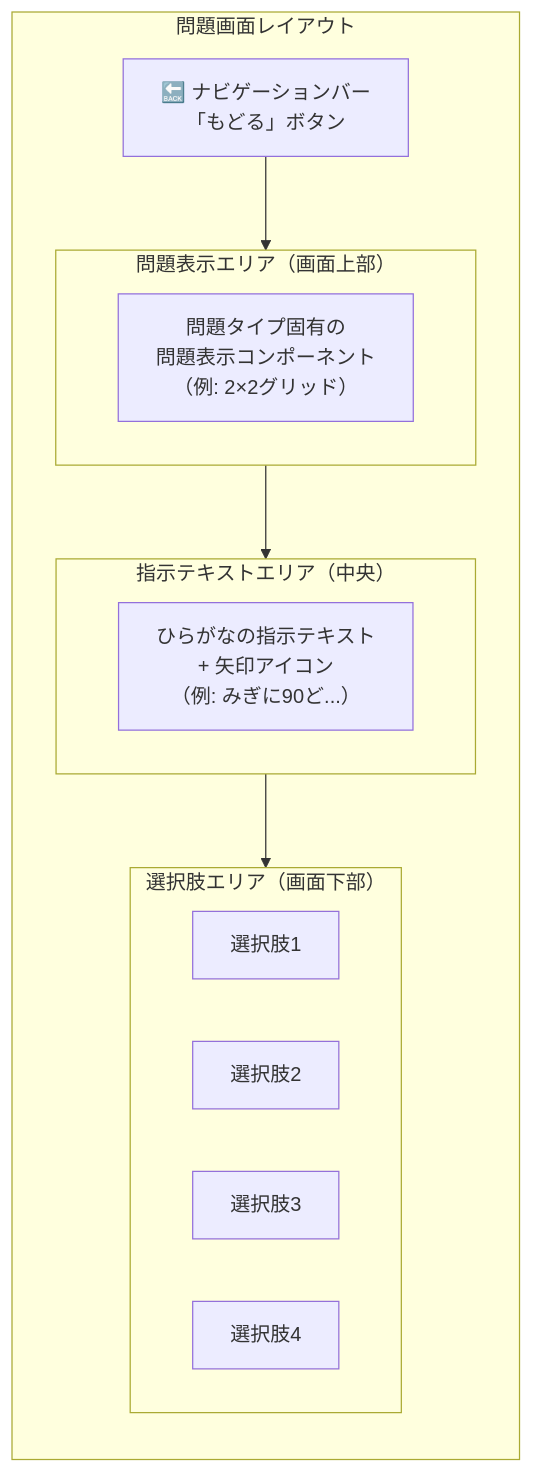
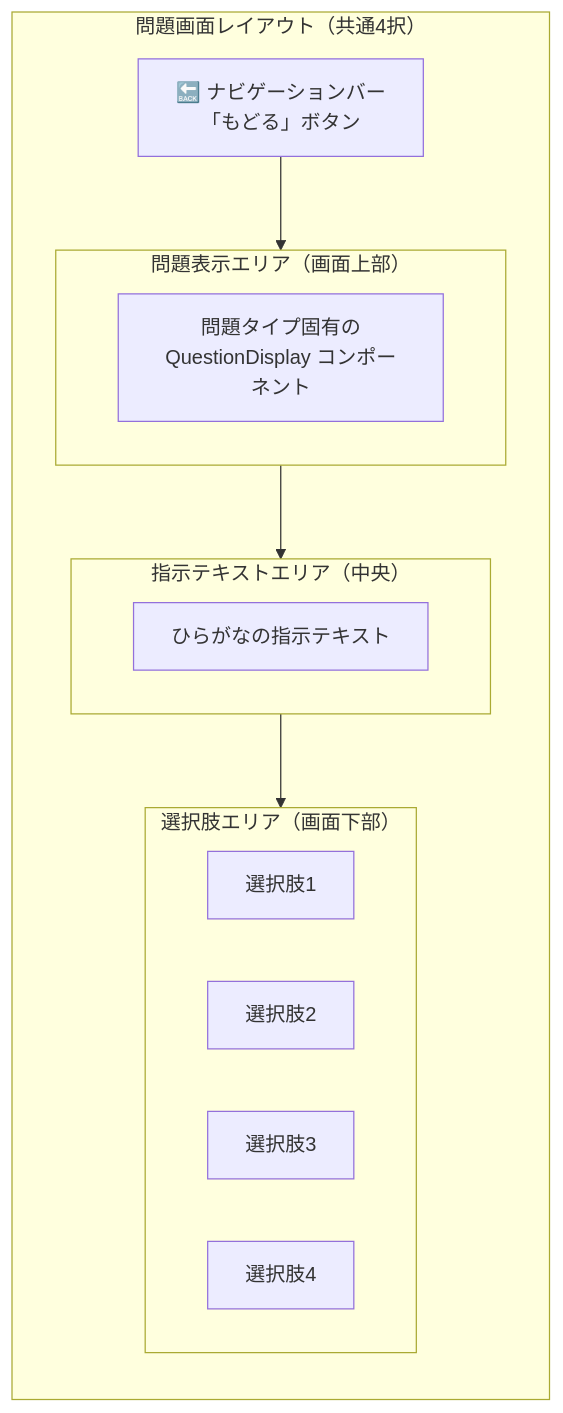
The sixth of 9 diagrams in .kiro/specs/elementary-exam-app/design.md (motani-info/minatore), drawn with Mermaid before and after one commit. The commit also changed other lines of this file and 3 other files, not shown here.

````diff
--- a/.kiro/specs/elementary-exam-app/design.md
+++ b/.kiro/specs/elementary-exam-app/design.md
@@ -525,26 +873,26 @@
 ```mermaid
 graph TB
-    subgraph QuestionScreenLayout["問題画面レイアウト"]
+    subgraph QuestionScreenLayout["問題画面レイアウト（共通4択）"]
         direction TB
         Nav["🔙 ナビゲーションバー<br/>「もどる」ボタン"]
         
         subgraph QuestionArea["問題表示エリア（画面上部）"]
-            QDisplay["問題タイプ固有の<br/>問題表示コンポーネント<br/>（例: 2×2グリッド）"]
+            QDisplay["問題タイプ固有の<br/>QuestionDisplay コンポーネント"]
         end
         
         subgraph InstructionArea["指示テキストエリア（中央）"]
-            Instruction["ひらがなの指示テキスト<br/>+ 矢印アイコン<br/>（例: みぎに90ど...）"]
+            Instruction["ひらがなの指示テキスト"]
         end
         
         subgraph ChoiceArea["選択肢エリア（画面下部）"]
             C1["選択肢1"] 
             C2["選択肢2"]
             C3["選択肢3"] 
             C4["選択肢4"]
         end
         
         Nav --> QuestionArea
         QuestionArea --> InstructionArea
         InstructionArea --> ChoiceArea
     end
 ```
````
